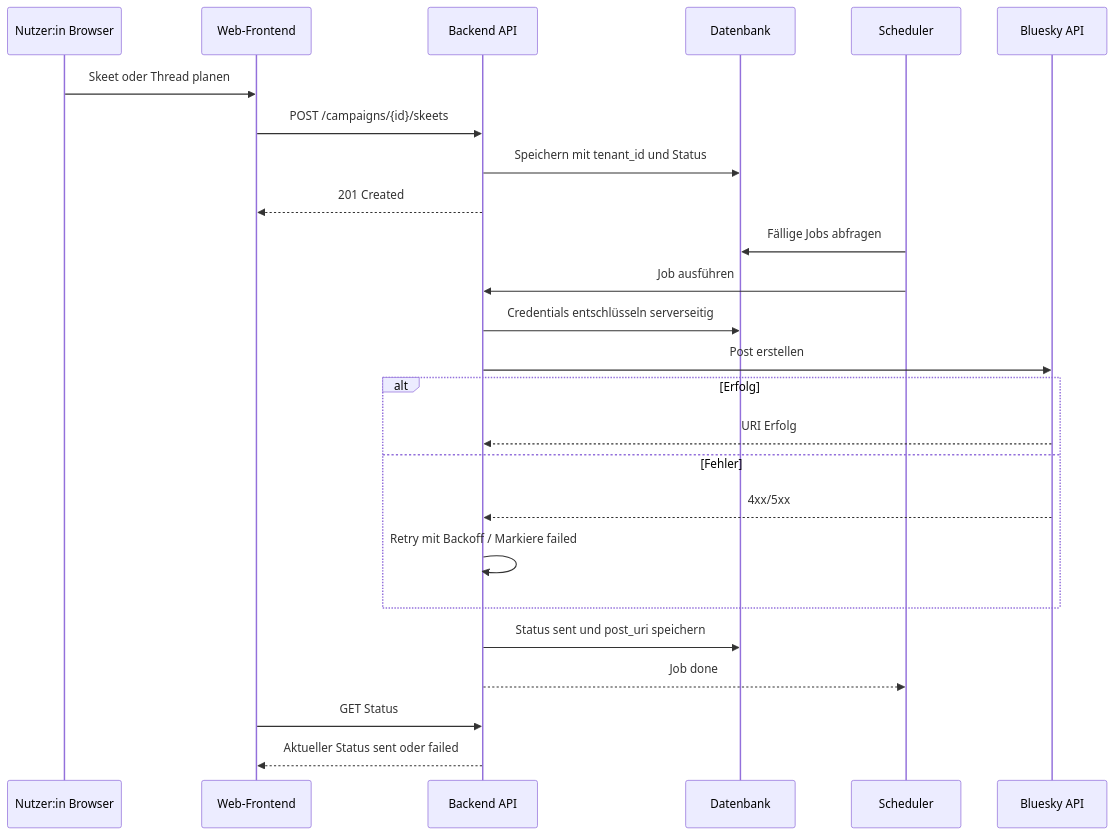
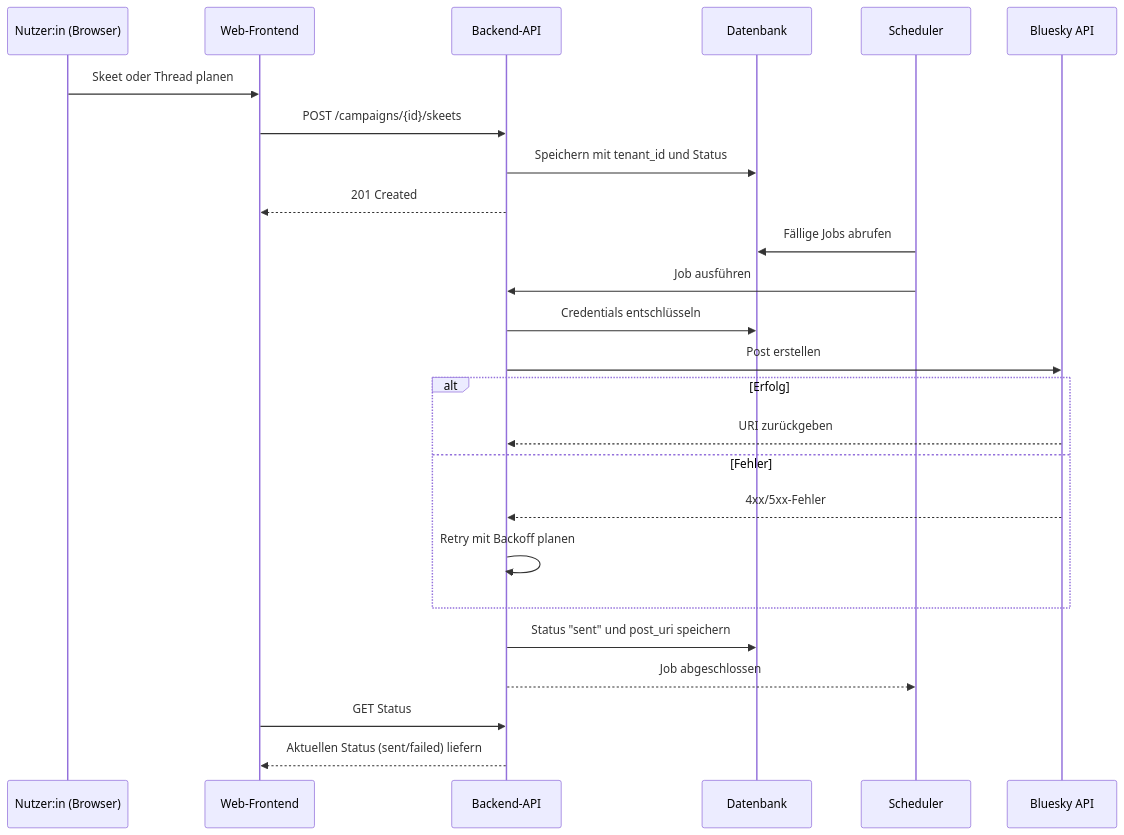
The diagram in docs/diagramme/datenfluss.md (mkueper/BSky-Kampagnen-Bot), drawn with Mermaid before and after one commit. The commit also changed other lines of this file and 14 other files, not shown here.

````diff
--- a/docs/diagramme/datenfluss.md
+++ b/docs/diagramme/datenfluss.md
@@ -11,29 +5,29 @@
 ```mermaid
 sequenceDiagram
-  participant U as Nutzer:in Browser
+  participant U as Nutzer:in (Browser)
   participant FE as Web-Frontend
-  participant BE as Backend API
+  participant BE as Backend-API
   participant DB as Datenbank
   participant SCH as Scheduler
   participant BSKY as Bluesky API
 
   U->>FE: Skeet oder Thread planen
   FE->>BE: POST /campaigns/{id}/skeets
   BE->>DB: Speichern mit tenant_id und Status
   BE-->>FE: 201 Created
 
-  SCH->>DB: Fällige Jobs abfragen
+  SCH->>DB: Fällige Jobs abrufen
   SCH->>BE: Job ausführen
-  BE->>DB: Credentials entschlüsseln serverseitig
+  BE->>DB: Credentials entschlüsseln
   BE->>BSKY: Post erstellen
   alt Erfolg
-    BSKY-->>BE: URI Erfolg
+    BSKY-->>BE: URI zurückgeben
   else Fehler
-    BSKY-->>BE: 4xx/5xx
-    BE->>BE: Retry mit Backoff / Markiere failed
+    BSKY-->>BE: 4xx/5xx-Fehler
+    BE->>BE: Retry mit Backoff planen
   end
-  BE->>DB: Status sent und post_uri speichern
-  BE-->>SCH: Job done
+  BE->>DB: Status "sent" und post_uri speichern
+  BE-->>SCH: Job abgeschlossen
   FE->>BE: GET Status
-  BE-->>FE: Aktueller Status sent oder failed
+  BE-->>FE: Aktuellen Status (sent/failed) liefern
 ```
````
